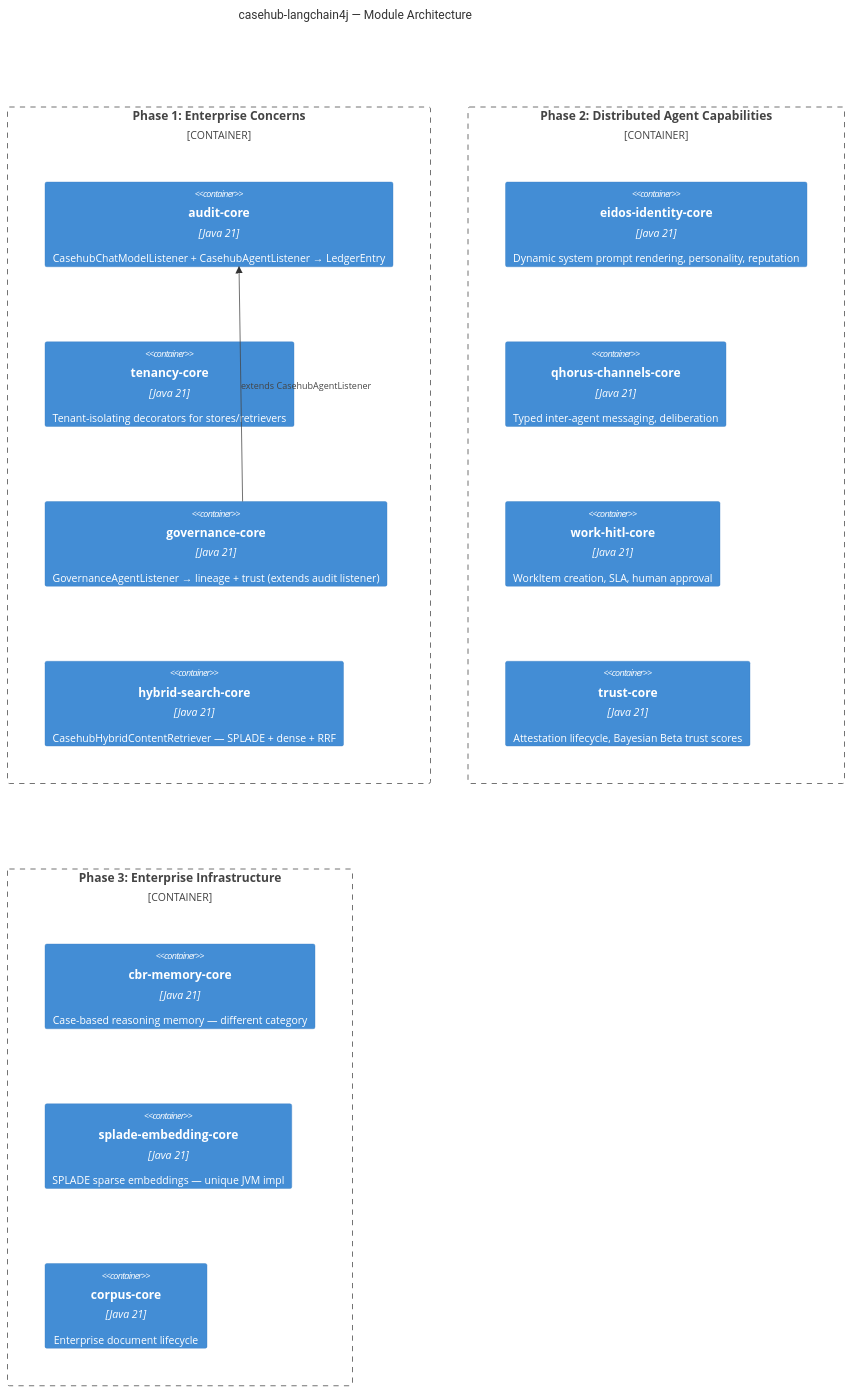
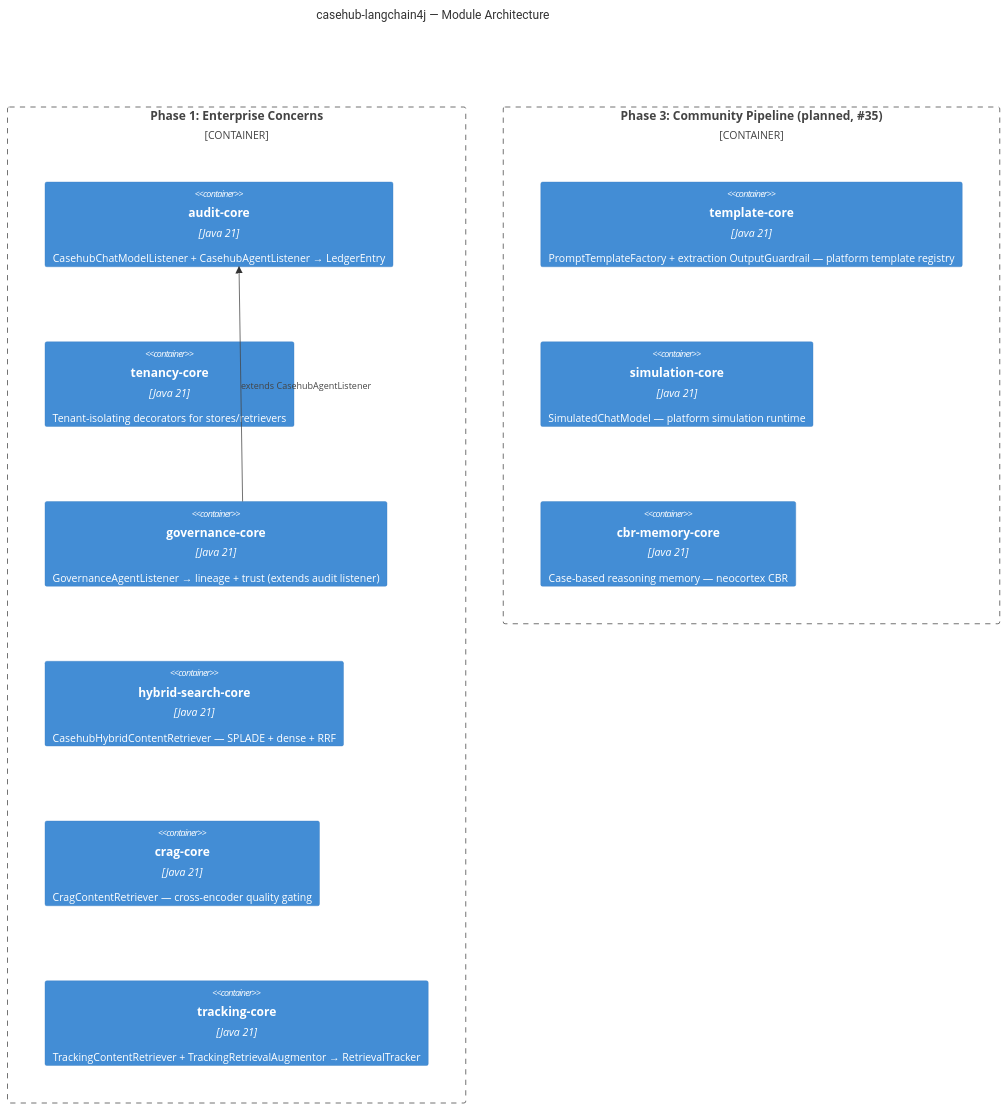
The second of 7 diagrams in ARC42STORIES.MD (casehubio/casehub-langchain4j), drawn with Mermaid before and after one commit. The commit also changed other lines of this file, not shown here.

First line of the commit message:
docs(arc42): roadmap decisions from #32 and the community pipeline

````diff
--- a/ARC42STORIES.MD
+++ b/ARC42STORIES.MD
@@ -162,26 +165,21 @@
 ```mermaid
 C4Container
   title casehub-langchain4j — Module Architecture
 
   Container_Boundary(p1, "Phase 1: Enterprise Concerns") {
     Container(auditCore, "audit-core", "Java 21", "CasehubChatModelListener + CasehubAgentListener → LedgerEntry")
     Container(tenancyCore, "tenancy-core", "Java 21", "Tenant-isolating decorators for stores/retrievers")
     Container(govCore, "governance-core", "Java 21", "GovernanceAgentListener → lineage + trust (extends audit listener)")
     Container(hsCore, "hybrid-search-core", "Java 21", "CasehubHybridContentRetriever — SPLADE + dense + RRF")
+    Container(cragCore, "crag-core", "Java 21", "CragContentRetriever — cross-encoder quality gating")
+    Container(trackingCore, "tracking-core", "Java 21", "TrackingContentRetriever + TrackingRetrievalAugmentor → RetrievalTracker")
   }
 
-  Container_Boundary(p2, "Phase 2: Distributed Agent Capabilities") {
-    Container(eidos, "eidos-identity-core", "Java 21", "Dynamic system prompt rendering, personality, reputation")
-    Container(qhorus, "qhorus-channels-core", "Java 21", "Typed inter-agent messaging, deliberation")
-    Container(workHitl, "work-hitl-core", "Java 21", "WorkItem creation, SLA, human approval")
-    Container(trust, "trust-core", "Java 21", "Attestation lifecycle, Bayesian Beta trust scores")
-  }
-
-  Container_Boundary(p3, "Phase 3: Enterprise Infrastructure") {
-    Container(cbr, "cbr-memory-core", "Java 21", "Case-based reasoning memory — different category")
-    Container(splade, "splade-embedding-core", "Java 21", "SPLADE sparse embeddings — unique JVM impl")
-    Container(corpus, "corpus-core", "Java 21", "Enterprise document lifecycle")
+  Container_Boundary(p3, "Phase 3: Community Pipeline (planned, #35)") {
+    Container(template, "template-core", "Java 21", "PromptTemplateFactory + extraction OutputGuardrail — platform template registry")
+    Container(simulation, "simulation-core", "Java 21", "SimulatedChatModel — platform simulation runtime")
+    Container(cbr, "cbr-memory-core", "Java 21", "Case-based reasoning memory — neocortex CBR")
   }
 
   Rel(govCore, auditCore, "extends CasehubAgentListener")
 ```
````
